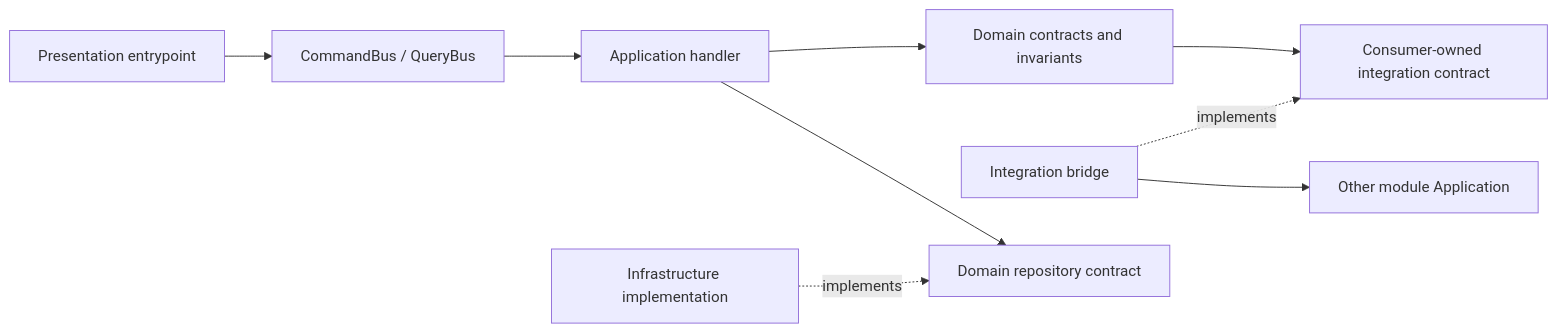
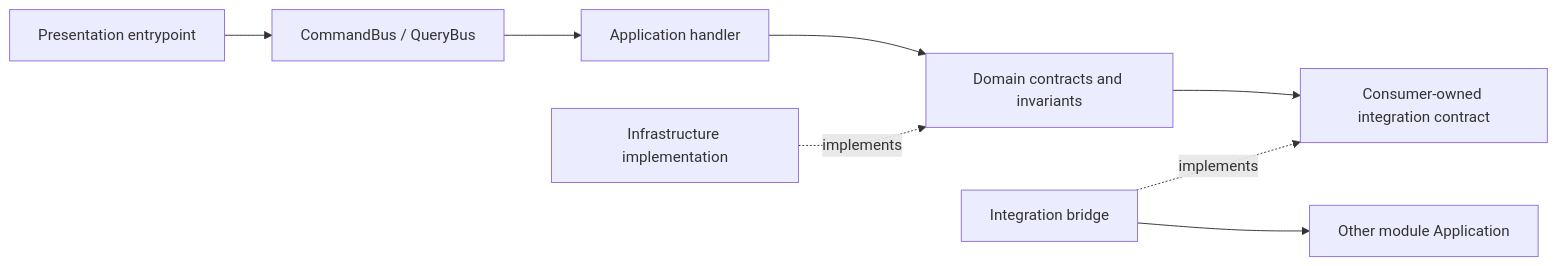
One commit to prikotov/symfony-ddd-ai-skeleton changed the diagram in docs/module-scaffold-guide.md. Above: the diagram before and after it, drawn with Mermaid.

Commit message:
docs(module): simplify domain contract flow

````diff
--- a/docs/module-scaffold-guide.md
+++ b/docs/module-scaffold-guide.md
@@ -201,18 +201,17 @@
 ```mermaid
 flowchart LR
     Presentation[Presentation entrypoint]
     Bus[CommandBus / QueryBus]
     Application[Application handler]
     Domain[Domain contracts and invariants]
     Infrastructure[Infrastructure implementation]
     Integration[Integration bridge]
     OtherApplication[Other module Application]
 
     Presentation --> Bus --> Application
     Application --> Domain
-    Application --> RepositoryContract[Domain repository contract]
-    Infrastructure -. implements .-> RepositoryContract
+    Infrastructure -. implements .-> Domain
     Domain --> IntegrationContract[Consumer-owned integration contract]
     Integration -. implements .-> IntegrationContract
     Integration --> OtherApplication
 ```
````
